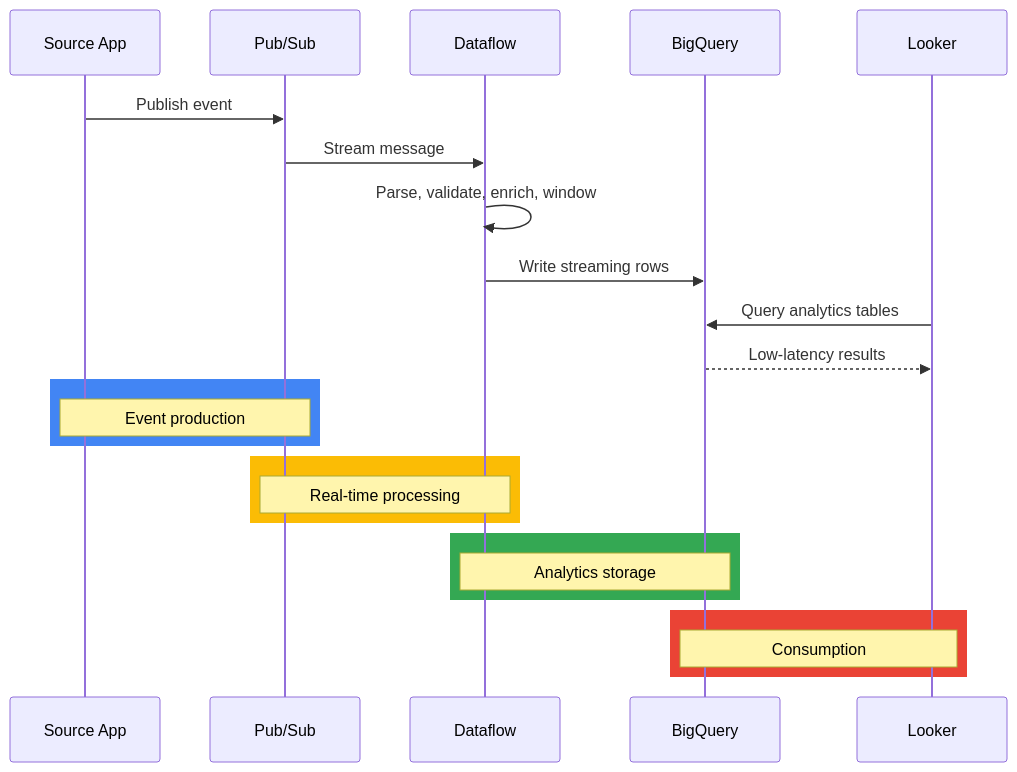
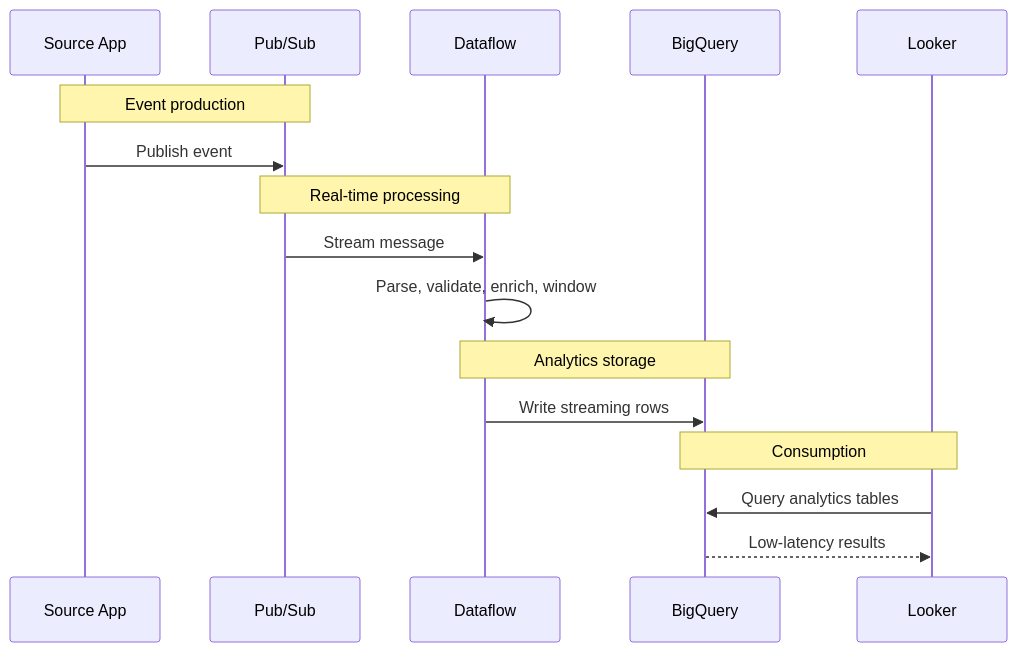
Diagram 11 of 11 in DataPipeline/README.md (ShasidharReddy/GCP-Cloud-Engineer), drawn with Mermaid before and after one commit. The commit also changed other lines of this file and 7 other files, not shown here.

Commit message:
fix: resolve Mermaid rendering errors and add official GCP documentation links (#9)

````diff
--- a/DataPipeline/README.md
+++ b/DataPipeline/README.md
@@ -1098,28 +1091,19 @@
 ```mermaid
 sequenceDiagram
     participant S as Source App
     participant P as Pub/Sub
     participant D as Dataflow
     participant B as BigQuery
     participant L as Looker
 
+    Note over S,P: Event production
     S->>P: Publish event
+    Note over P,D: Real-time processing
     P->>D: Stream message
     D->>D: Parse, validate, enrich, window
+    Note over D,B: Analytics storage
     D->>B: Write streaming rows
+    Note over B,L: Consumption
     L->>B: Query analytics tables
     B-->>L: Low-latency results
-
-    rect rgb(66,133,244)
-    note over S,P: Event production
-    end
-    rect rgb(251,188,5)
-    note over P,D: Real-time processing
-    end
-    rect rgb(52,168,83)
-    note over D,B: Analytics storage
-    end
-    rect rgb(234,67,53)
-    note over B,L: Consumption
-    end
 ```
````
